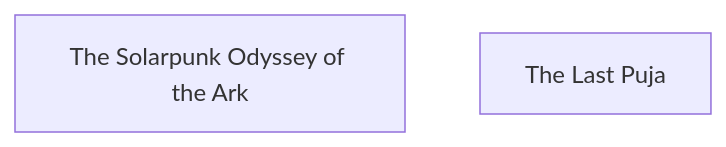
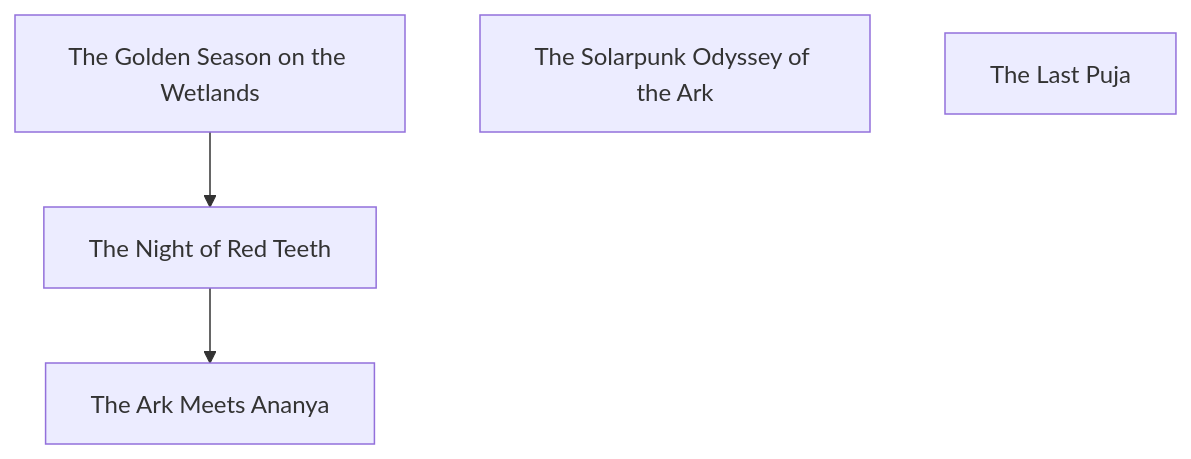
Before and after one commit to lordlebu/SouthOfTethys: the sixth of 6 diagrams in docs/atlas.md, drawn with Mermaid. The commit also changed other lines of this file and 141 other files, not shown here.

First line of the commit message:
Chart the Age of Machinery: the pre-Shattering map and its people

````diff
--- a/docs/atlas.md
+++ b/docs/atlas.md
@@ -295,5 +311,10 @@
 ```mermaid
 graph TD
-    E0["The Solarpunk Odyssey of the Ark"]
-    E1["The Last Puja"]
+    E0["The Golden Season on the Wetlands"]
+    E1["The Night of Red Teeth"]
+    E2["The Ark Meets Ananya"]
+    E3["The Solarpunk Odyssey of the Ark"]
+    E4["The Last Puja"]
+    E0 --> E1
+    E1 --> E2
 ```
````
